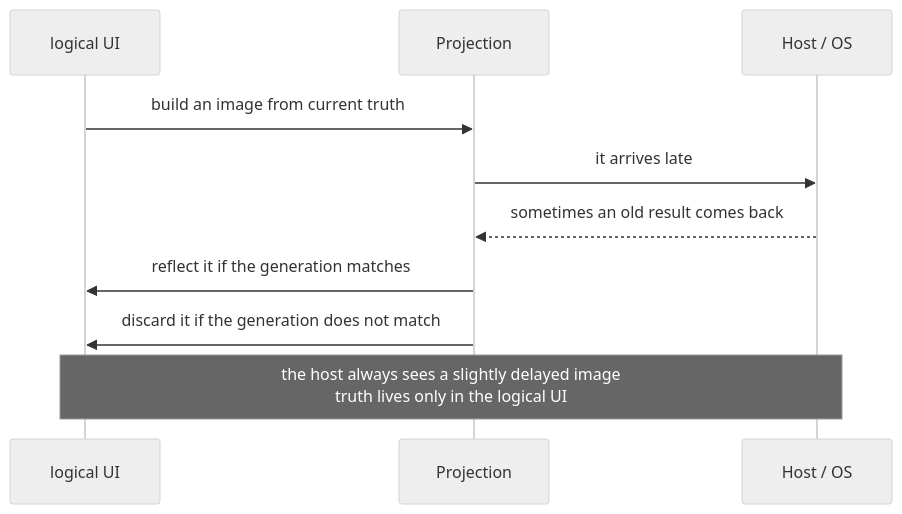
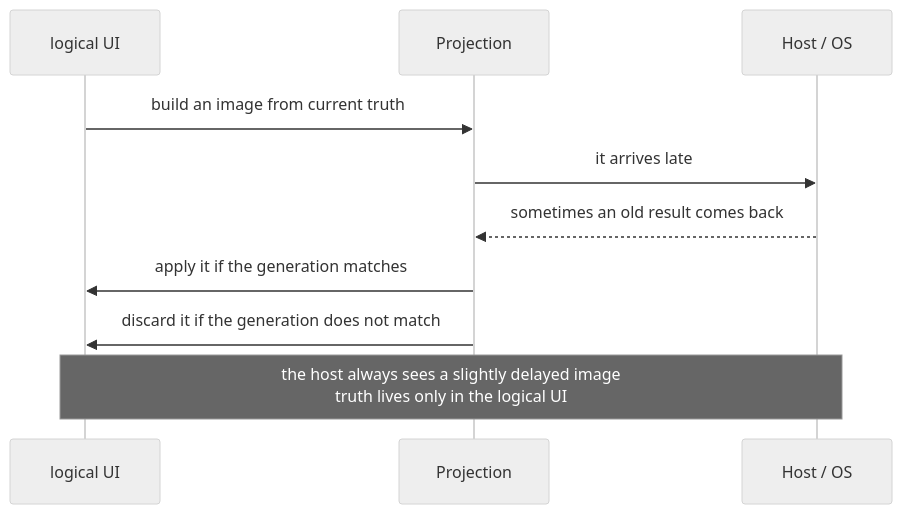
One commit to cubenoy22/Loka changed diagram 17 of 17 in docs/update_pipeline_overview.md. Above: the diagram before and after it, drawn with Mermaid (neutral theme). The commit also changed other lines of this file and 13 other files, not shown here.

````diff
--- a/docs/update_pipeline_overview.md
+++ b/docs/update_pipeline_overview.md
@@ -301,14 +301,14 @@
 ```mermaid
 sequenceDiagram
     participant L as logical UI
     participant P as Projection
     participant H as Host / OS
 
     L->>P: build an image from current truth
     P->>H: it arrives late
     H-->>P: sometimes an old result comes back
-    P->>L: reflect it if the generation matches
+    P->>L: apply it if the generation matches
     P->>L: discard it if the generation does not match
 
     Note over L,H: the host always sees a slightly delayed image<br/>truth lives only in the logical UI
 ```
````
